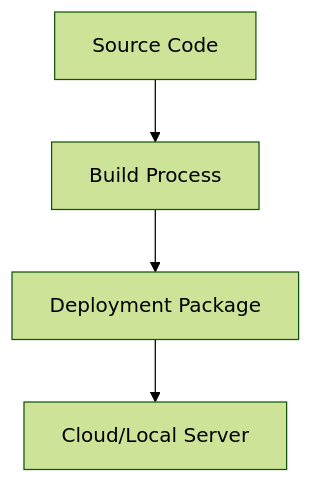
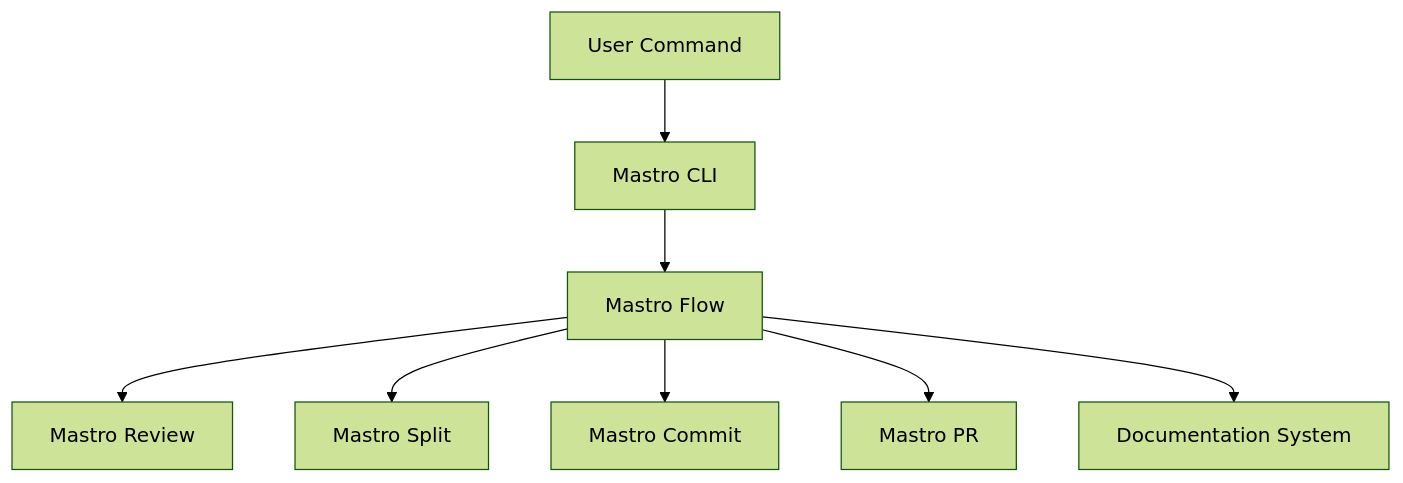
One commit to geogoesbeepboop/mastro changed the third of 3 diagrams in docs/ARCHITECTURE.md. Above: the diagram before and after it, drawn with Mermaid (forest theme). The commit also changed other lines of this file and 7 other files, not shown here.

First line of the commit message:
feat: implement mastro flow for enhanced user onboarding experience

````diff
--- a/docs/ARCHITECTURE.md
+++ b/docs/ARCHITECTURE.md
@@ -136,6 +146,10 @@
 ```mermaid
-graph TD;
-    A[Source Code] --> B[Build Process];
-    B --> C[Deployment Package];
-    C --> D[Cloud/Local Server];
+flowchart TD;
+    A[User Command] --> B[Mastro CLI]
+    B --> C[Mastro Flow]
+    C --> D[Mastro Review]
+    C --> E[Mastro Split]
+    C --> F[Mastro Commit]
+    C --> G[Mastro PR]
+    C --> H[Documentation System]
 ```
````
